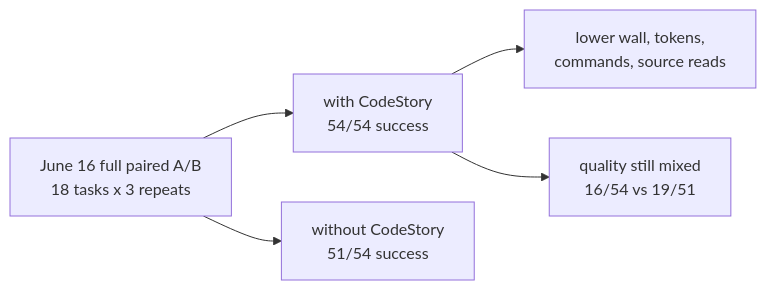
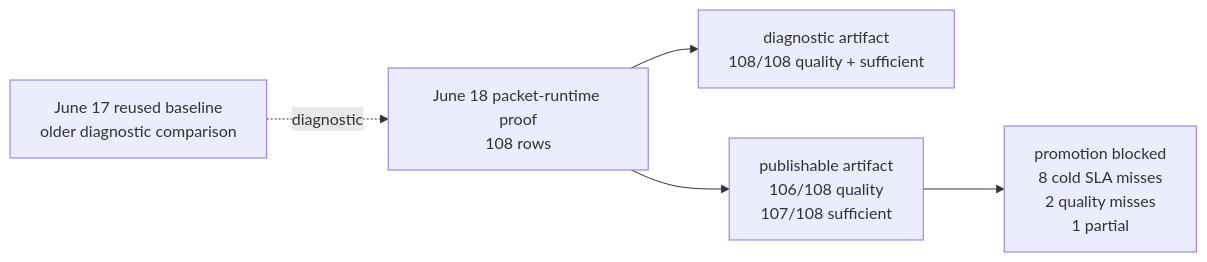
Before and after one commit to TheGreenCedar/CodeStory: the diagram in docs/testing/benchmark-ledger.md, drawn with Mermaid. The commit also changed other lines of this file and 69 other files, not shown here.

First line of the commit message:
[codex] harden packet proof roles (#37)

````diff
--- a/docs/testing/benchmark-ledger.md
+++ b/docs/testing/benchmark-ledger.md
@@ -32,12 +33,12 @@
 ```mermaid
 flowchart LR
-    run["June 16 full paired A/B<br/>18 tasks x 3 repeats"]
-    cs["with CodeStory<br/>54/54 success"]
-    base["without CodeStory<br/>51/54 success"]
-    ops["lower wall, tokens,<br/>commands, source reads"]
-    quality["quality still mixed<br/>16/54 vs 19/51"]
-    run --> cs
-    run --> base
-    cs --> ops
-    cs --> quality
+    run["June 18 packet-runtime proof<br/>108 rows"]
+    diag["diagnostic artifact<br/>108/108 quality + sufficient"]
+    pub["publishable artifact<br/>106/108 quality<br/>107/108 sufficient"]
+    block["promotion blocked<br/>8 cold SLA misses<br/>2 quality misses<br/>1 partial"]
+    old["June 17 reused baseline<br/>older diagnostic comparison"]
+    run --> diag
+    run --> pub
+    pub --> block
+    old -. diagnostic .-> run
 ```
````
